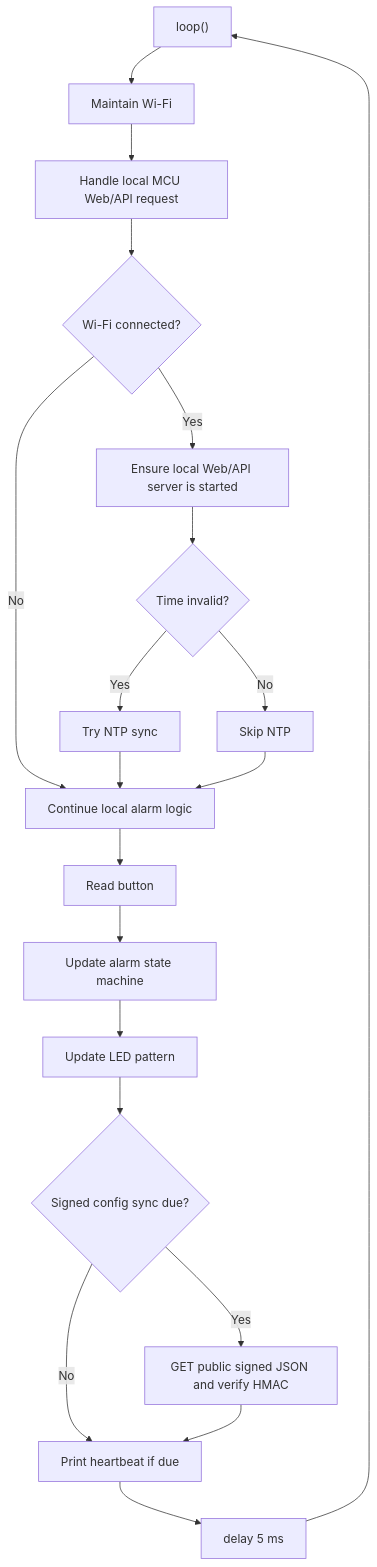
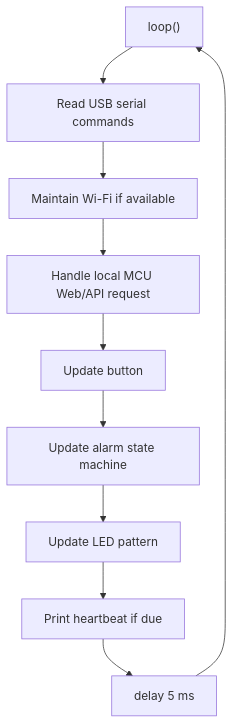
Before and after one commit to terry-eric/esp32c3-clock-web: the second of 2 diagrams in docs/MCU_LOGIC.md, drawn with Mermaid. The commit also changed other lines of this file and 10 other files, not shown here.

Commit message:
Make MCU control USB first

````diff
--- a/docs/MCU_LOGIC.md
+++ b/docs/MCU_LOGIC.md
@@ -40,22 +33,12 @@
 ```mermaid
 flowchart TD
-  A["loop()"] --> B["Maintain Wi-Fi"]
-  B --> C["Handle local MCU Web/API request"]
-  C --> D{"Wi-Fi connected?"}
-  D -- "Yes" --> E["Ensure local Web/API server is started"]
-  D -- "No" --> F["Continue local alarm logic"]
-  E --> G{"Time invalid?"}
-  G -- "Yes" --> H["Try NTP sync"]
-  G -- "No" --> I["Skip NTP"]
-  H --> F
-  I --> F
-  F --> J["Read button"]
-  J --> K["Update alarm state machine"]
-  K --> L["Update LED pattern"]
-  L --> M{"Signed config sync due?"}
-  M -- "Yes" --> N["GET public signed JSON and verify HMAC"]
-  M -- "No" --> O["Print heartbeat if due"]
-  N --> O
-  O --> P["delay 5 ms"]
-  P --> A
+  A["loop()"] --> B["Read USB serial commands"]
+  B --> C["Maintain Wi-Fi if available"]
+  C --> D["Handle local MCU Web/API request"]
+  D --> E["Update button"]
+  E --> F["Update alarm state machine"]
+  F --> G["Update LED pattern"]
+  G --> H["Print heartbeat if due"]
+  H --> I["delay 5 ms"]
+  I --> A
 ```
````
